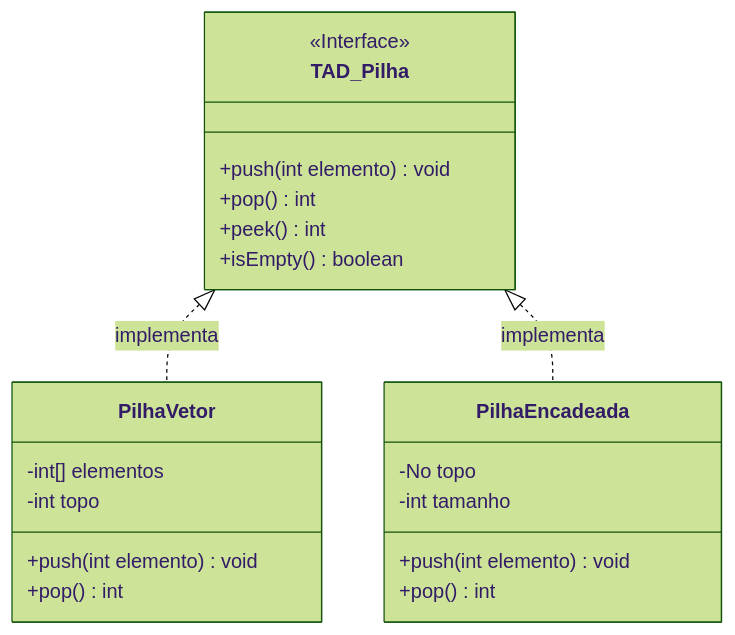
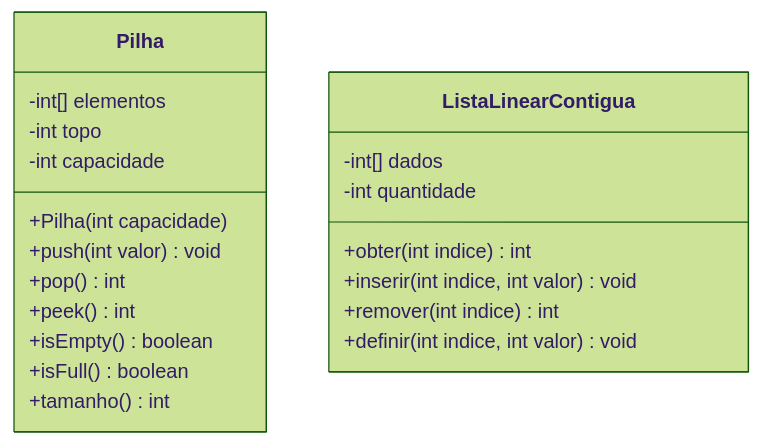
Before and after one commit to murilolol/unifef: the third of 8 diagrams in 4º Semestre/[Prof. Wesley Soares] Estrutura de Dados I/Resumos-IA/Simulados-Comentados.md, drawn with Mermaid (forest theme). The commit also changed other lines of this file and 25 other files, not shown here.

````diff
--- a/4º Semestre/[Prof. Wesley Soares] Estrutura de Dados I/Resumos-IA/Simulados-Comentados.md
+++ b/4º Semestre/[Prof. Wesley Soares] Estrutura de Dados I/Resumos-IA/Simulados-Comentados.md
@@ -302,24 +229,23 @@
 ```mermaid
 classDiagram
-    class TAD_Pilha {
-        <<Interface>>
-        +push(int elemento) void
+    class Pilha {
+        -int[] elementos
+        -int topo
+        -int capacidade
+        +Pilha(int capacidade)
+        +push(int valor) void
         +pop() int
         +peek() int
         +isEmpty() boolean
+        +isFull() boolean
+        +tamanho() int
     }
-    class PilhaVetor {
-        -int[] elementos
-        -int topo
-        +push(int elemento) void
-        +pop() int
+    class ListaLinearContigua {
+        -int[] dados
+        -int quantidade
+        +obter(int indice) int
+        +inserir(int indice, int valor) void
+        +remover(int indice) int
+        +definir(int indice, int valor) void
     }
-    class PilhaEncadeada {
-        -No topo
-        -int tamanho
-        +push(int elemento) void
-        +pop() int
-    }
-    TAD_Pilha <|.. PilhaVetor : implementa
-    TAD_Pilha <|.. PilhaEncadeada : implementa
 ```
````
